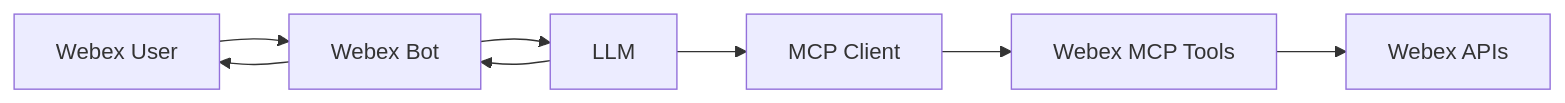
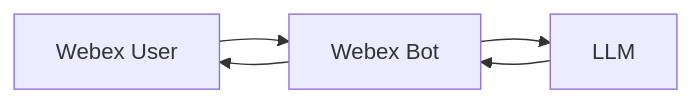
The diagram in docs/lab3_bot-integration.md (WebexCC-SA/LAB-31123), drawn with Mermaid before and after one commit.

````diff
--- a/docs/lab3_bot-integration.md
+++ b/docs/lab3_bot-integration.md
@@ -7,10 +7,7 @@
 ```mermaid
 flowchart LR
     User[Webex User] --> Bot[Webex Bot]
     Bot --> Agent[LLM]
-    Agent --> MCP[MCP Client]
-    MCP --> Tools[Webex MCP Tools]
-    Tools --> API[Webex APIs]
     Agent --> Bot
     Bot --> User
 ```
````
